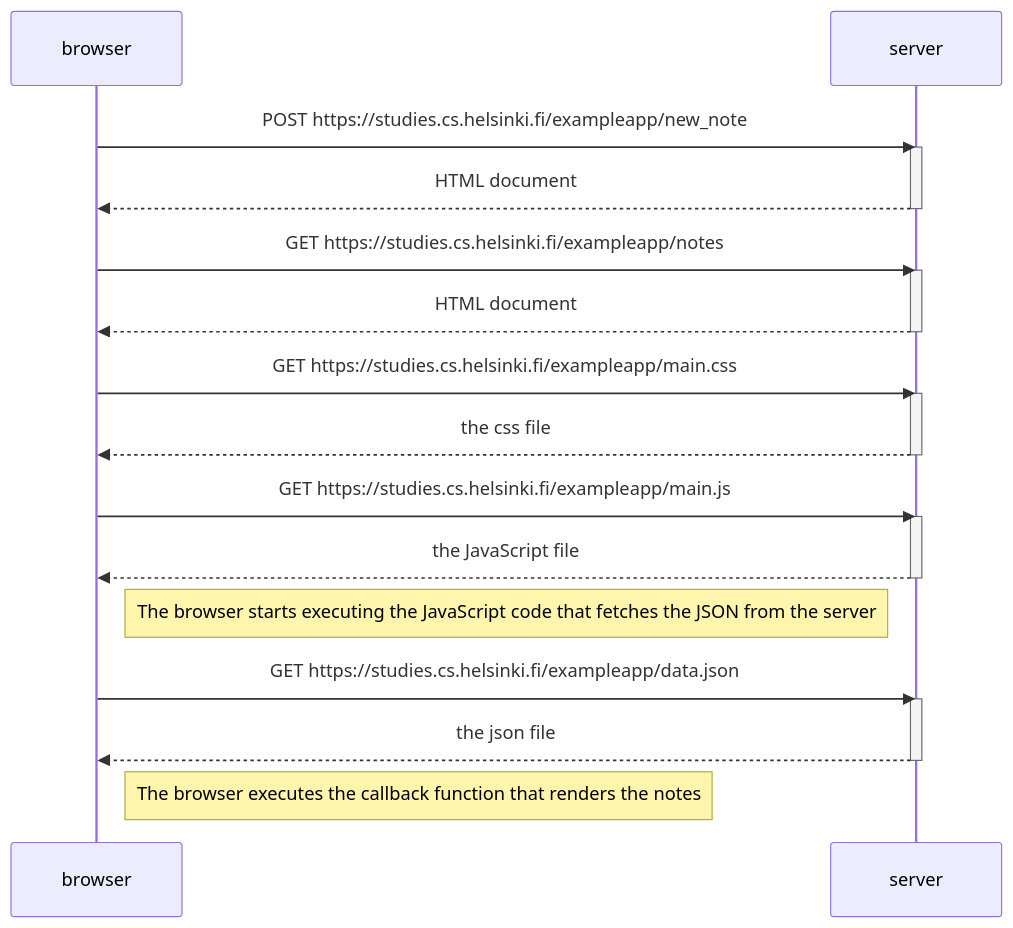
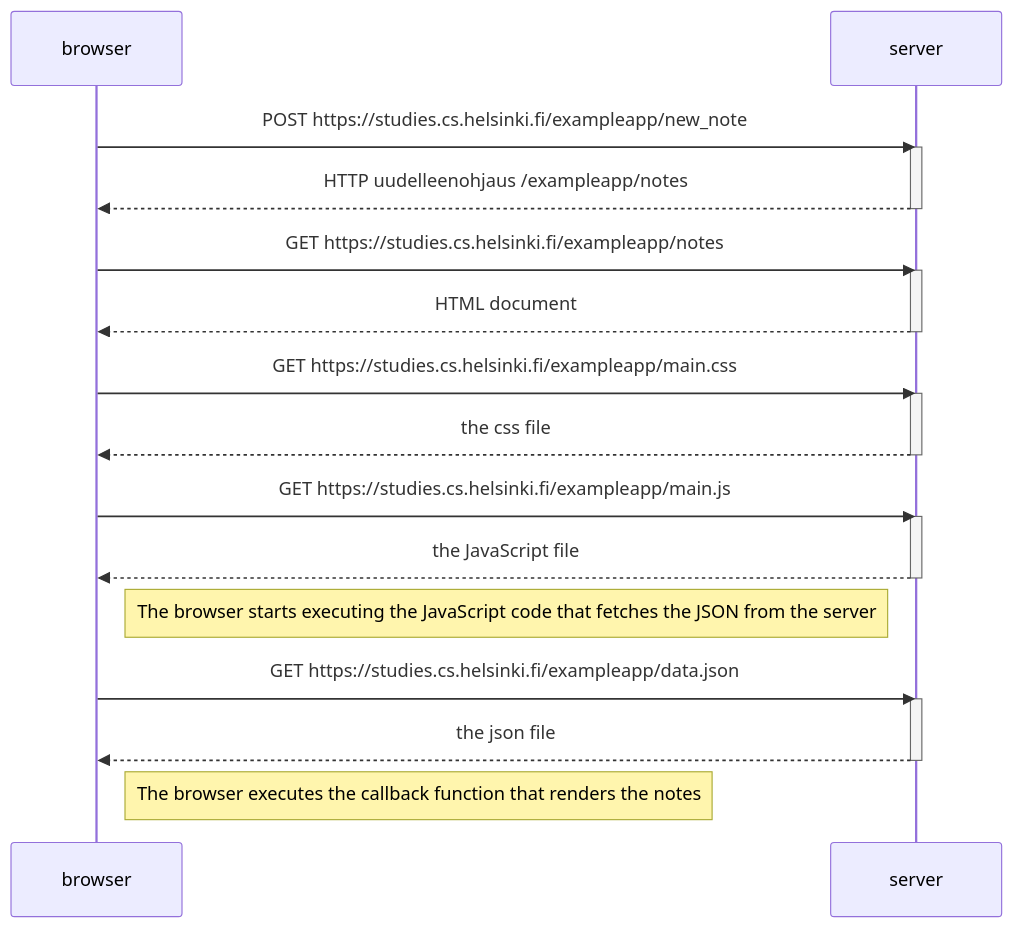
Before and after one commit to tttveijo/palautusrepositorio: the diagram in osa0/0.4.md, drawn with Mermaid.

````diff
--- a/osa0/0.4.md
+++ b/osa0/0.4.md
@@ -1,34 +1,34 @@
 ```mermaid
 sequenceDiagram
     participant browser
     participant server
     
     browser->>server: POST https://studies.cs.helsinki.fi/exampleapp/new_note
     activate server
-    server-->>browser: HTML document
+    server-->>browser: HTTP uudelleenohjaus /exampleapp/notes
     deactivate server
     
     browser->>server: GET https://studies.cs.helsinki.fi/exampleapp/notes
     activate server
     server-->>browser: HTML document
     deactivate server
     
     browser->>server: GET https://studies.cs.helsinki.fi/exampleapp/main.css
     activate server
     server-->>browser: the css file
     deactivate server
 
     browser->>server: GET https://studies.cs.helsinki.fi/exampleapp/main.js
     activate server
     server-->>browser: the JavaScript file
     deactivate server
     
     Note right of browser: The browser starts executing the JavaScript code that fetches the JSON from the server
     
     browser->>server: GET https://studies.cs.helsinki.fi/exampleapp/data.json
     activate server
     server-->>browser: the json file
     deactivate server    
 
     Note right of browser: The browser executes the callback function that renders the notes
 ```
````
